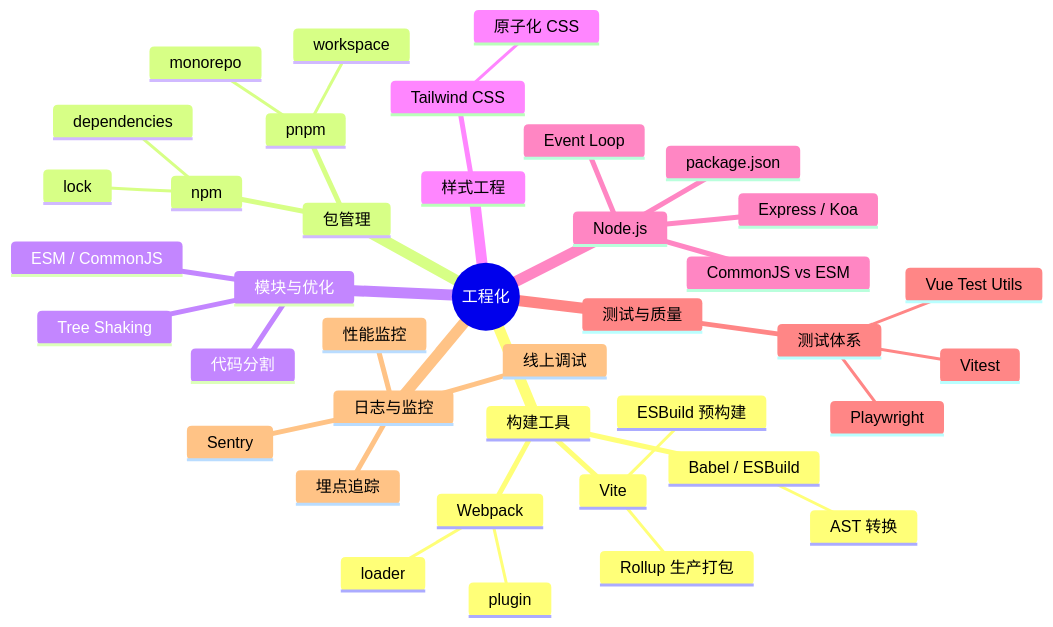
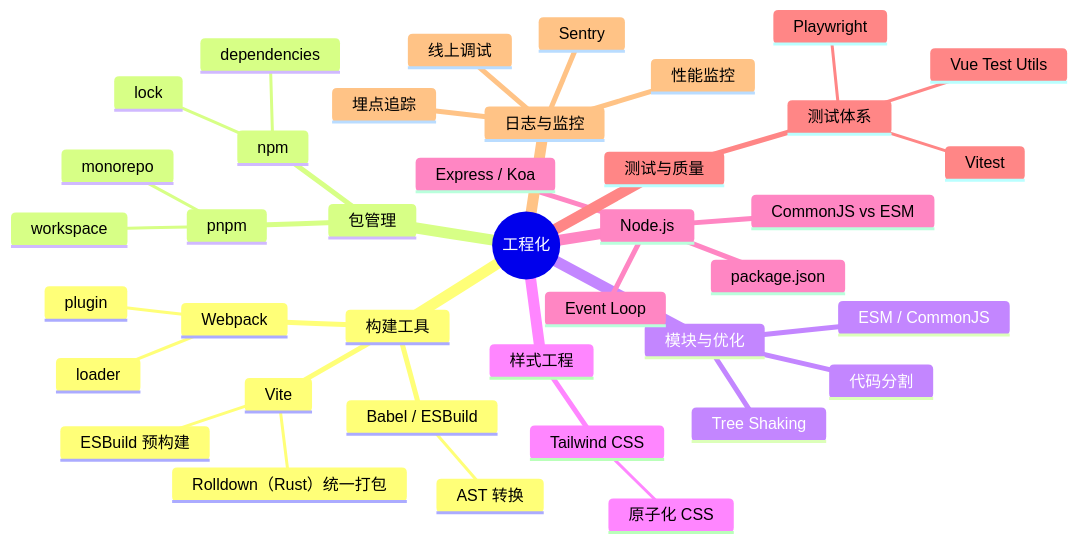
Before and after one commit to zjh42139/interview-notes: the diagram in docs/工程化/index.md, drawn with Mermaid. The commit also changed other lines of this file and 5 other files, not shown here.

````diff
--- a/docs/工程化/index.md
+++ b/docs/工程化/index.md
@@ -17,42 +17,42 @@
 ```mermaid
 mindmap
   root((工程化))
     构建工具
       Vite
         ESBuild 预构建
-        Rollup 生产打包
+        Rolldown（Rust）统一打包
       Webpack
         loader
         plugin
       Babel / ESBuild
         AST 转换
     包管理
       npm
         dependencies
         lock
       pnpm
         workspace
         monorepo
     模块与优化
       ESM / CommonJS
       Tree Shaking
       代码分割
     样式工程
       Tailwind CSS
         原子化 CSS
     Node.js
       CommonJS vs ESM
       Express / Koa
       Event Loop
       package.json
     测试与质量
       测试体系
         Vitest
         Vue Test Utils
         Playwright
     日志与监控
       Sentry
       性能监控
       埋点追踪
       线上调试
 ```
````
